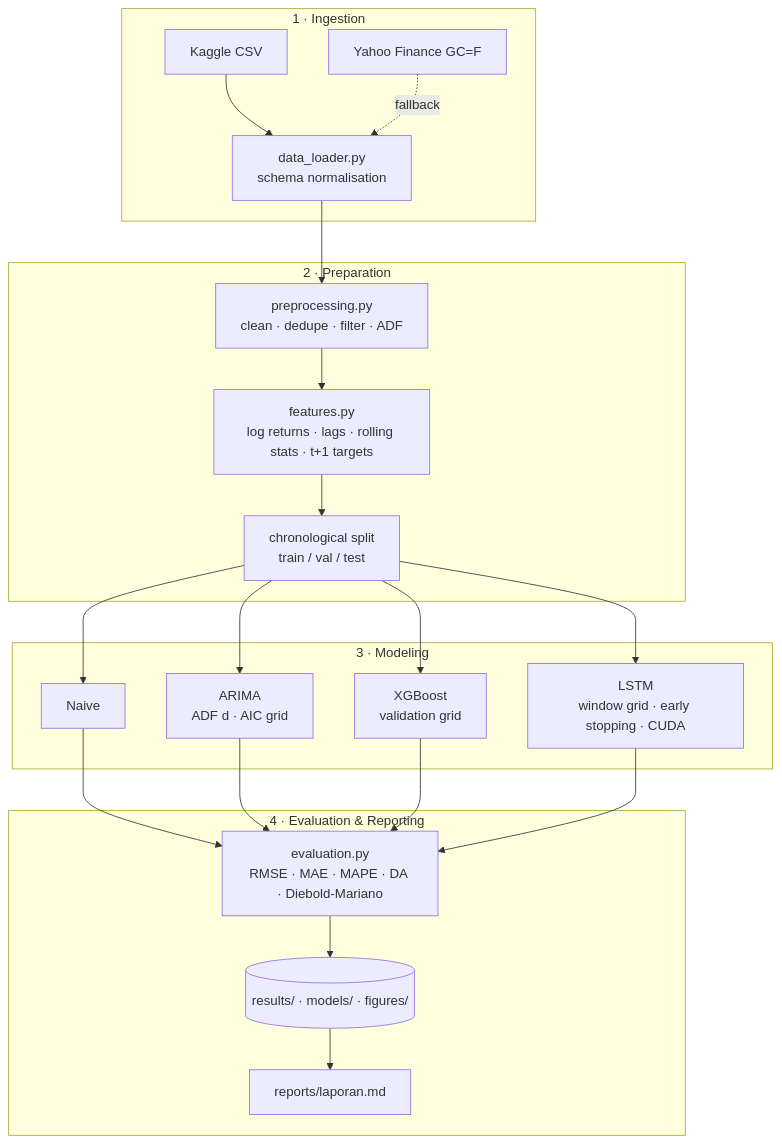
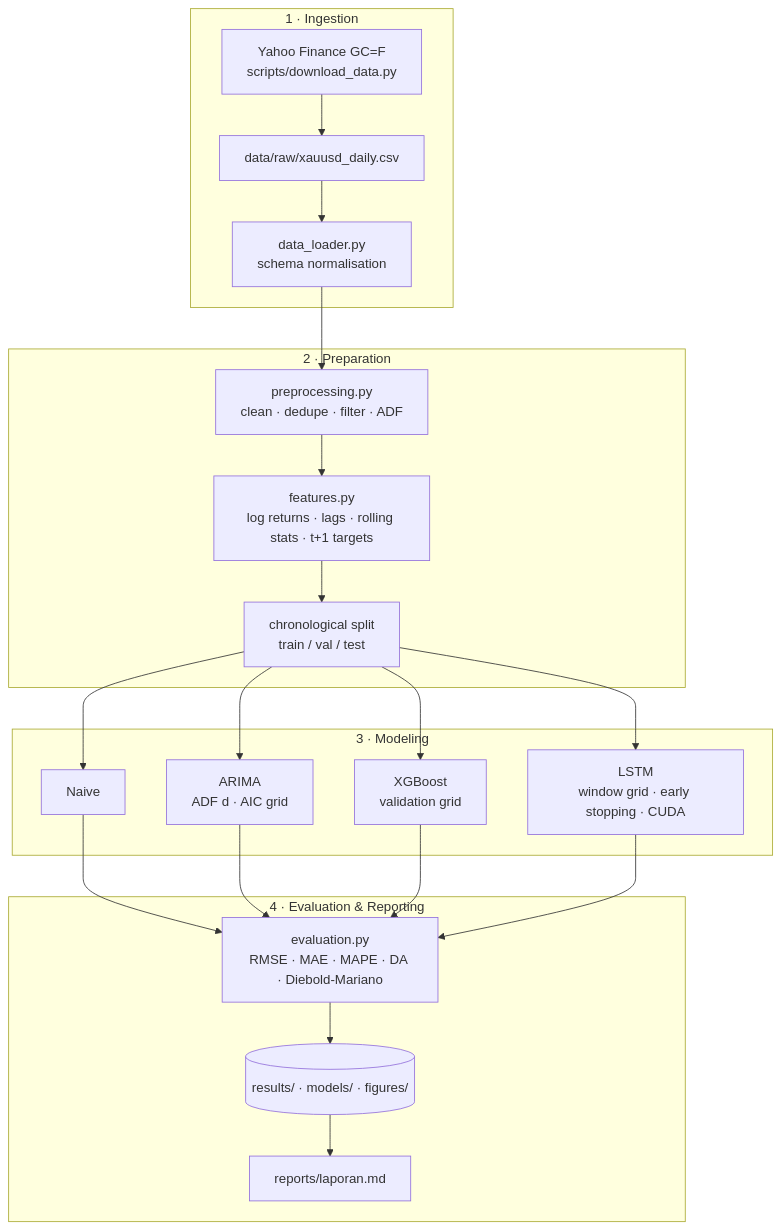
The diagram in README.md (LouSens/gold-price-forecast-arima-lstm), drawn with Mermaid before and after one commit. The commit also changed other lines of this file and 5 other files, not shown here.

Commit message:
docs: replace unverified Kaggle dataset references with Yahoo Finance source

````diff
--- a/README.md
+++ b/README.md
@@ -80,23 +79,23 @@
 ```mermaid
 flowchart TB
     subgraph L1[1 · Ingestion]
-        KG[Kaggle CSV] --> DL[data_loader.py<br/>schema normalisation]
-        YF[Yahoo Finance GC=F] -. fallback .-> DL
+        YF[Yahoo Finance GC=F<br/>scripts/download_data.py] --> CSV[data/raw/xauusd_daily.csv]
+        CSV --> DL[data_loader.py<br/>schema normalisation]
     end
     subgraph L2[2 · Preparation]
         DL --> PP[preprocessing.py<br/>clean · dedupe · filter · ADF]
         PP --> FE[features.py<br/>log returns · lags · rolling stats · t+1 targets]
         FE --> SP[chronological split<br/>train / val / test]
     end
     subgraph L3[3 · Modeling]
         SP --> NV[Naive]
         SP --> AR[ARIMA<br/>ADF d · AIC grid]
         SP --> XG[XGBoost<br/>validation grid]
         SP --> LS[LSTM<br/>window grid · early stopping · CUDA]
     end
     subgraph L4[4 · Evaluation & Reporting]
         NV & AR & XG & LS --> EV[evaluation.py<br/>RMSE · MAE · MAPE · DA · Diebold-Mariano]
         EV --> AF[(results/ · models/ · figures/)]
         AF --> RP[reports/laporan.md]
     end
 ```
````
